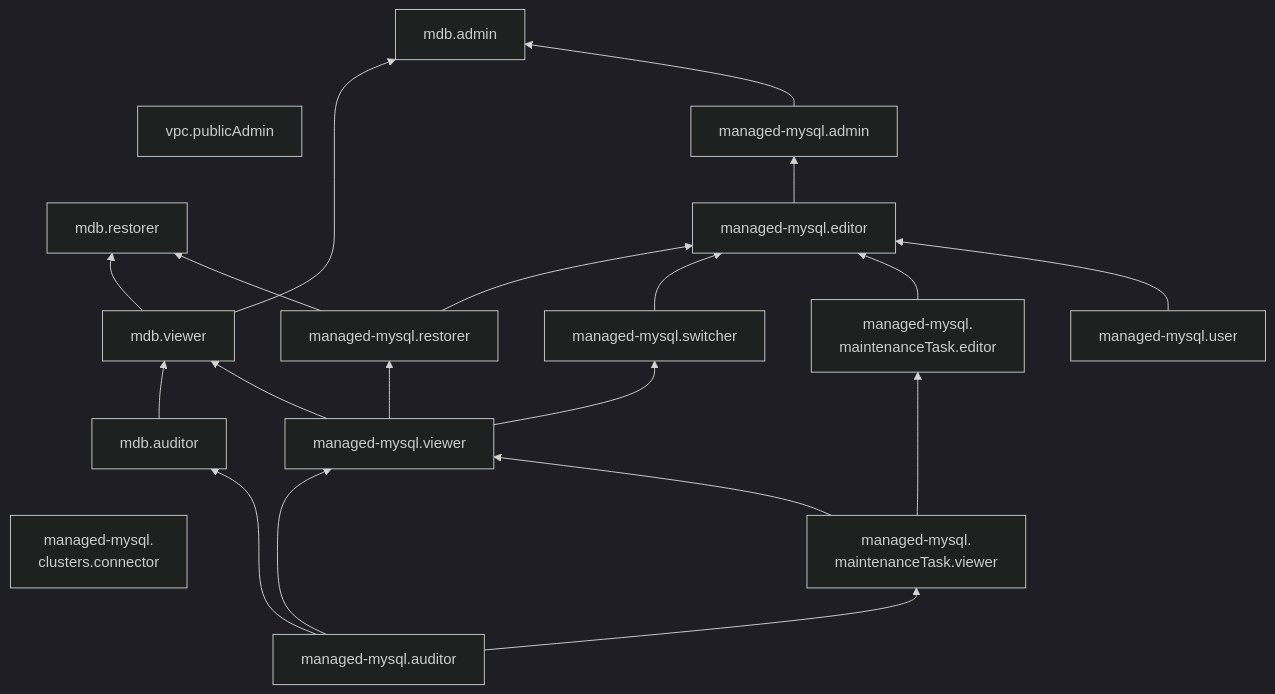
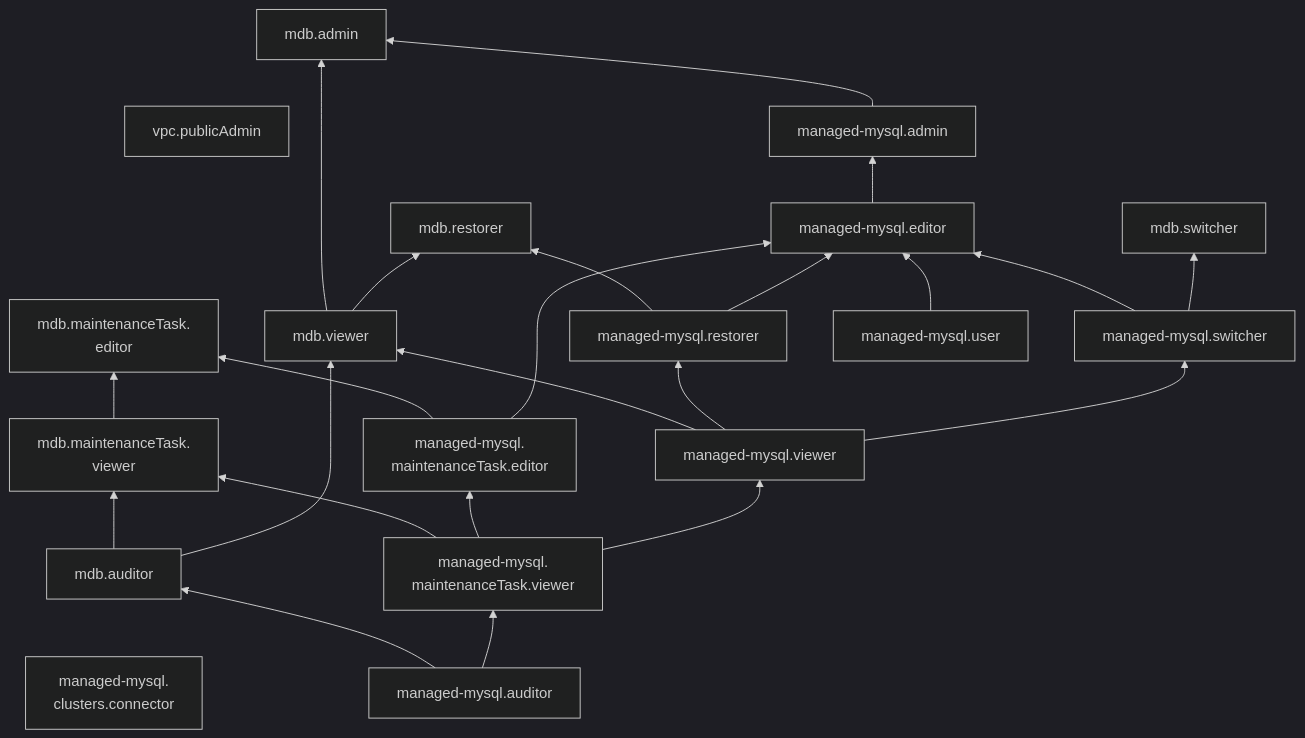
Before and after one commit to yandex-cloud/docs: the diagram in ru/_mermaid/roles/managed-mysql.md, drawn with Mermaid (dark theme). The commit also changed 235 other files, not shown here.

````diff
--- a/ru/_mermaid/roles/managed-mysql.md
+++ b/ru/_mermaid/roles/managed-mysql.md
@@ -1,26 +1,32 @@
 ```mermaid
 flowchart BT
     managed-mysql.clusters.connector["`managed-mysql.
     clusters.connector`"] ~~~ mdb.auditor
     vpc.publicAdmin ~~~ mdb.admin
+    managed-mysql.auditor --> mdb.auditor
+    mdb.auditor --> mdb.maintenanceTask.viewer
+    mdb.auditor --> mdb.viewer
     mdb.viewer --> mdb.admin
-    mdb.auditor --> mdb.viewer
+    managed-mysql.restorer --> mdb.restorer
     mdb.viewer --> mdb.restorer
-    managed-mysql.auditor --> mdb.auditor
     managed-mysql.viewer --> mdb.viewer
-    managed-mysql.restorer --> mdb.restorer
-    managed-mysql.admin --> mdb.admin
-    managed-mysql.auditor --> managed-mysql.viewer
-    managed-mysql.restorer --> managed-mysql.editor
     managed-mysql.viewer --> managed-mysql.restorer
-    managed-mysql.switcher --> managed-mysql.editor
-    managed-mysql.viewer --> managed-mysql.switcher
-    managed-mysql.maintenanceTask.editor --> managed-mysql.editor
+    managed-mysql.maintenanceTask.viewer --> mdb.maintenanceTask.viewer["`mdb.maintenanceTask.
+    viewer`"]
     managed-mysql.maintenanceTask.viewer --> managed-mysql.maintenanceTask.editor["`managed-mysql.
     maintenanceTask.editor`"]
-    managed-mysql.maintenanceTask.viewer --> managed-mysql.viewer
+    mdb.maintenanceTask.viewer --> mdb.maintenanceTask.editor
+    managed-mysql.maintenanceTask.editor --> mdb.maintenanceTask.editor["`mdb.maintenanceTask.
+    editor`"]
+    managed-mysql.switcher --> managed-mysql.editor
+    managed-mysql.restorer --> managed-mysql.editor
+    managed-mysql.maintenanceTask.editor --> managed-mysql.editor
     managed-mysql.auditor --> managed-mysql.maintenanceTask.viewer["`managed-mysql.
     maintenanceTask.viewer`"]
     managed-mysql.user --> managed-mysql.editor
     managed-mysql.editor --> managed-mysql.admin
+    managed-mysql.admin --> mdb.admin
+    managed-mysql.switcher --> mdb.switcher
+    managed-mysql.viewer --> managed-mysql.switcher
+    managed-mysql.maintenanceTask.viewer --> managed-mysql.viewer
 ```
````
